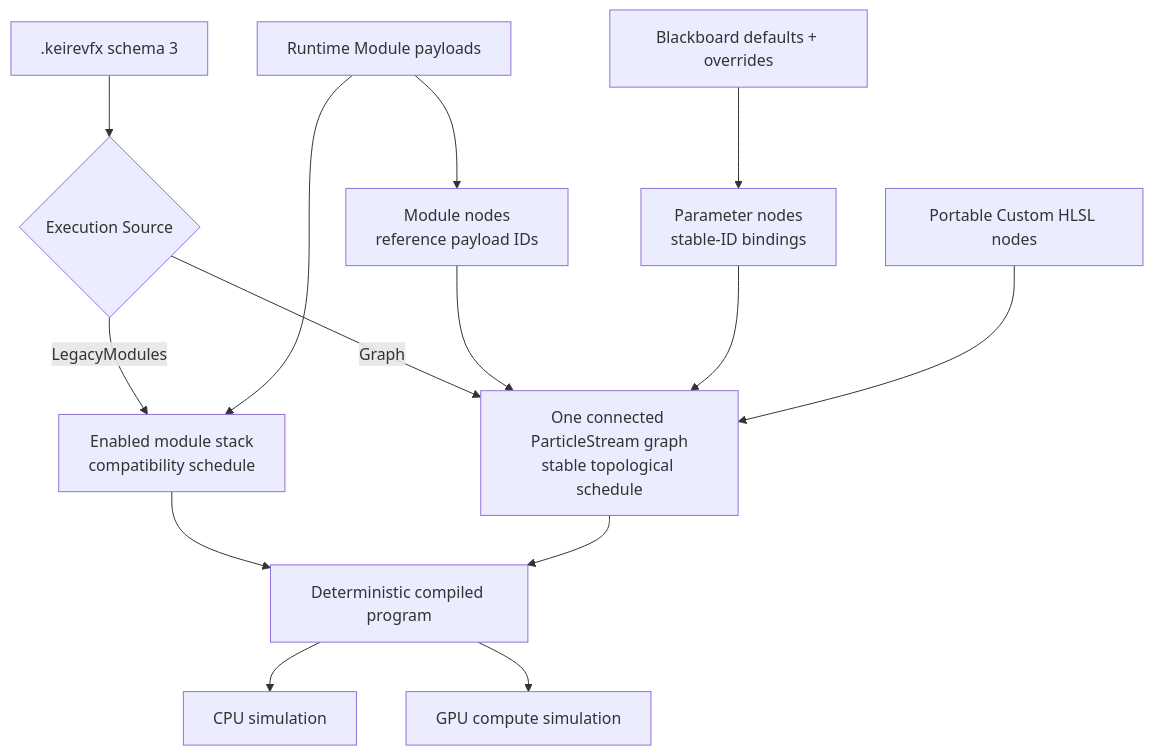
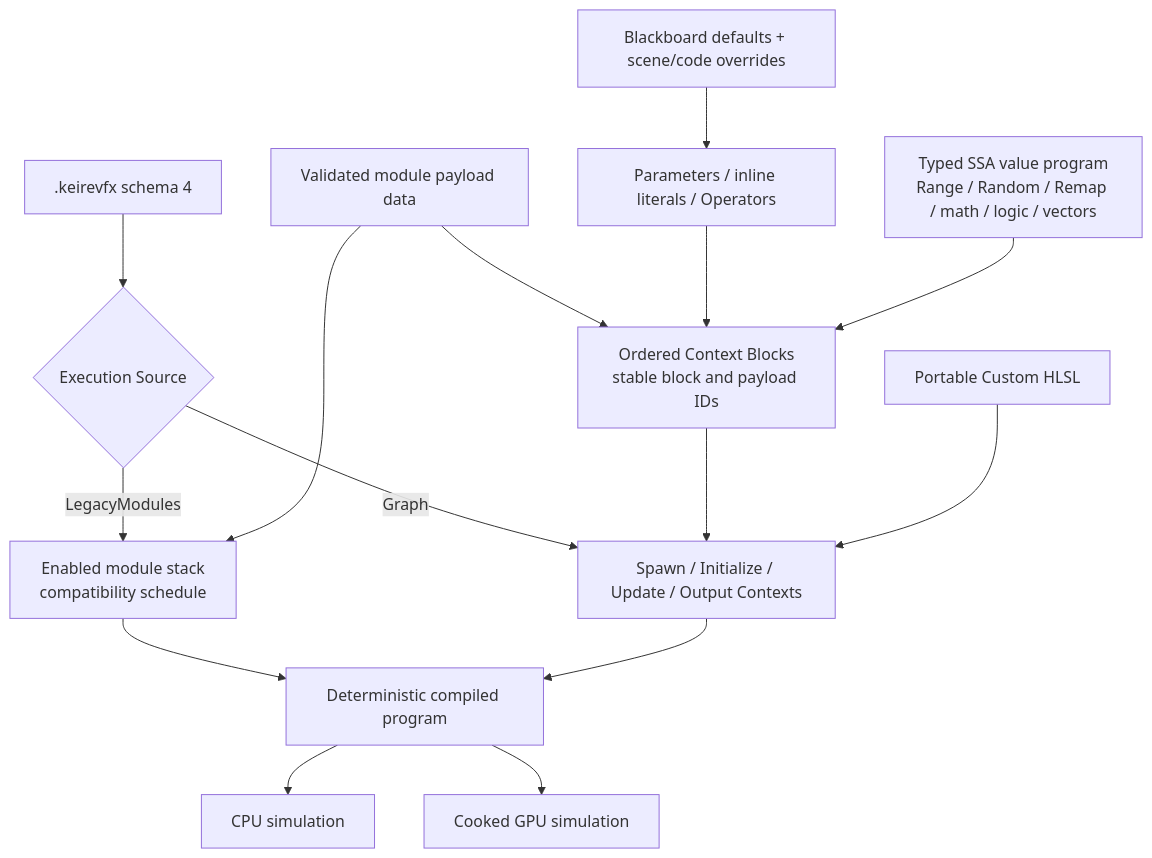
Before and after one commit to hcfgod/KeireEngine: the first of 11 diagrams in docs/Vfx.md, drawn with Mermaid. The commit also changed other lines of this file and 60 other files, not shown here.

````diff
--- a/docs/Vfx.md
+++ b/docs/Vfx.md
@@ -21,16 +27,17 @@
 ```mermaid
 flowchart TD
-    Asset[".keirevfx schema 3"] --> Source{"Execution Source"}
+    Asset[".keirevfx schema 4"] --> Source{"Execution Source"}
     Source -->|"LegacyModules"| Legacy["Enabled module stack<br/>compatibility schedule"]
-    Source -->|"Graph"| Graph["One connected ParticleStream graph<br/>stable topological schedule"]
-    Payloads["Runtime Module payloads"] --> Legacy
-    Payloads --> ModuleNodes["Module nodes<br/>reference payload IDs"]
-    ModuleNodes --> Graph
-    Blackboard["Blackboard defaults + overrides"] --> ParameterNodes["Parameter nodes<br/>stable-ID bindings"]
-    ParameterNodes --> Graph
-    Custom["Portable Custom HLSL nodes"] --> Graph
+    Source -->|"Graph"| Contexts["Spawn / Initialize / Update / Output Contexts"]
+    Payloads["Validated module payload data"] --> Legacy
+    Payloads --> Blocks["Ordered Context Blocks<br/>stable block and payload IDs"]
+    Blocks --> Contexts
+    Blackboard["Blackboard defaults + scene/code overrides"] --> Values["Parameters / inline literals / Operators"]
+    Values --> Blocks
+    Operators["Typed SSA value program<br/>Range / Random / Remap / math / logic / vectors"] --> Blocks
+    Custom["Portable Custom HLSL"] --> Contexts
     Legacy --> Program["Deterministic compiled program"]
-    Graph --> Program
+    Contexts --> Program
     Program --> CPU["CPU simulation"]
-    Program --> GPU["GPU compute simulation"]
+    Program --> GPU["Cooked GPU simulation"]
 ```
````
